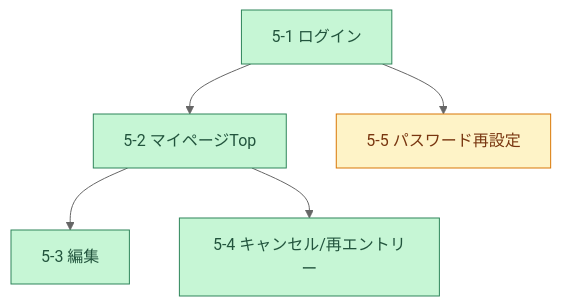
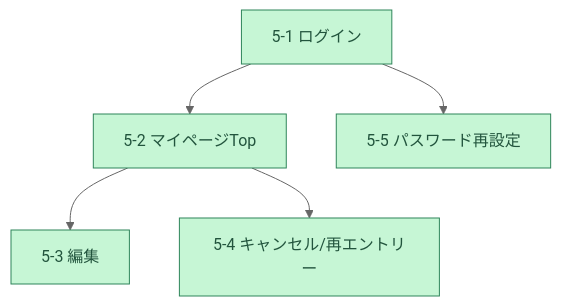
One commit to m-uesaka/regional-quiz-entry-form changed the seventh of 8 diagrams in tasks.md. Above: the diagram before and after it, drawn with Mermaid (neutral theme). The commit also changed other lines of this file and 16 other files, not shown here.

````diff
--- a/tasks.md
+++ b/tasks.md
@@ -151,10 +151,9 @@
 ```mermaid
 graph TD
   T51["5-1 ログイン"]:::done --> T52["5-2 マイページTop"]:::done
   T52 --> T53["5-3 編集"]:::done
   T52 --> T54["5-4 キャンセル/再エントリー"]:::done
-  T51 --> T55["5-5 パスワード再設定"]:::next
+  T51 --> T55["5-5 パスワード再設定"]:::done
 
   classDef done fill:#c6f6d5,stroke:#2f855a,color:#22543d;
-  classDef next fill:#fef3c7,stroke:#d97706,color:#78350f;
 ```
````
